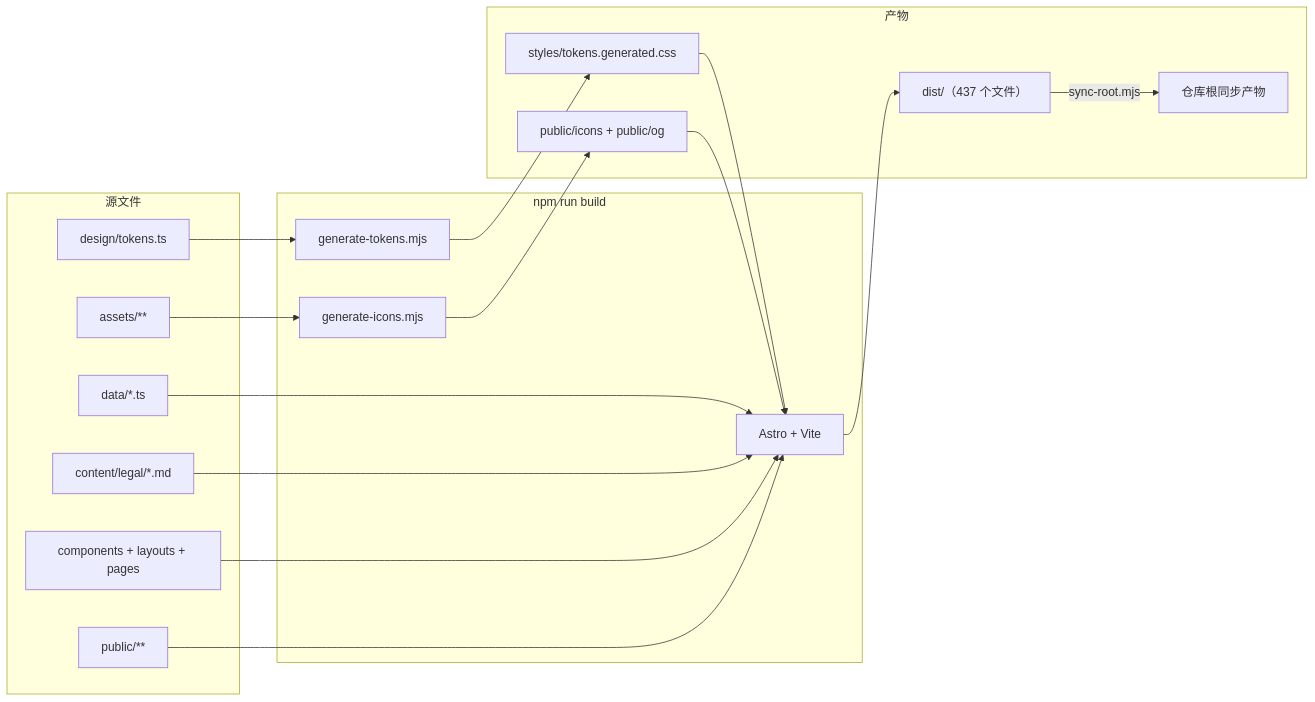
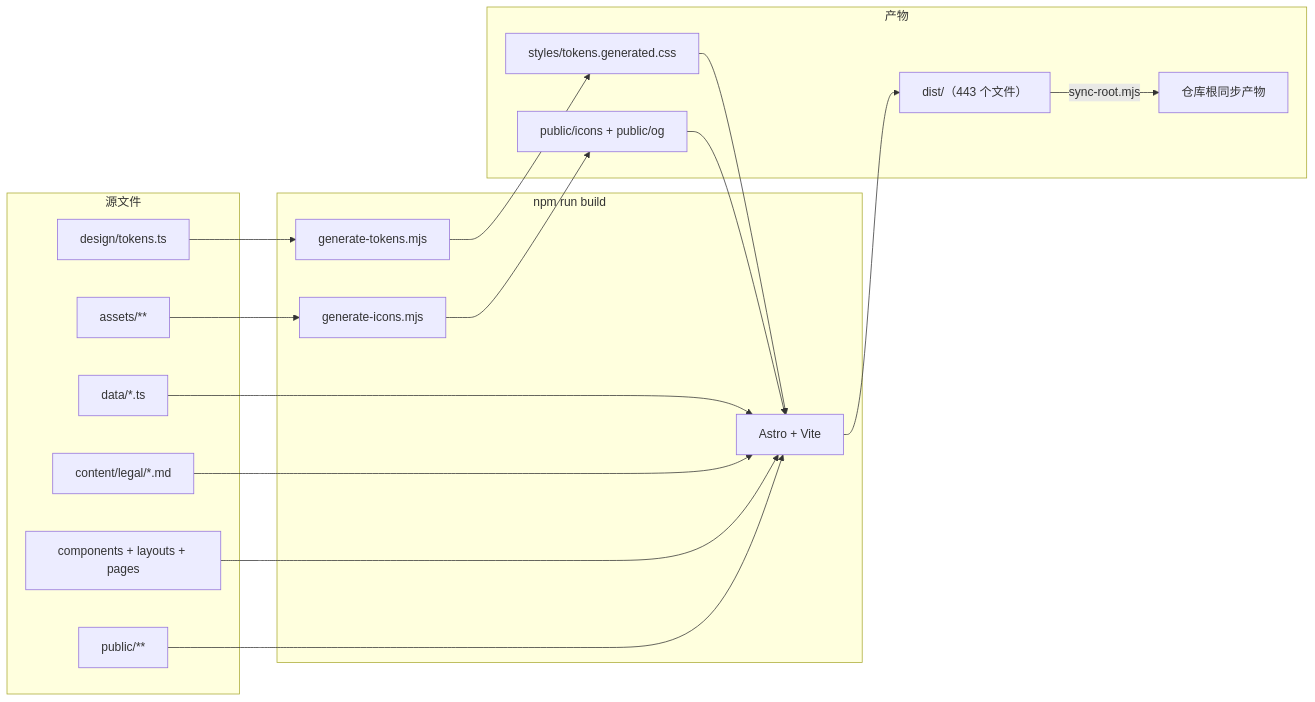
The diagram in wiki/01-architecture.md (kkkh/garden-website), drawn with Mermaid before and after one commit. The commit also changed other lines of this file and 6 other files, not shown here.

````diff
--- a/wiki/01-architecture.md
+++ b/wiki/01-architecture.md
@@ -58,33 +58,33 @@
 ```mermaid
 flowchart LR
     subgraph Sources["源文件"]
         T["design/tokens.ts"]
         D["data/*.ts"]
         C["content/legal/*.md"]
         A["assets/**"]
         S["components + layouts + pages"]
         P["public/**"]
     end
 
     subgraph Build["npm run build"]
         GT["generate-tokens.mjs"]
         GI["generate-icons.mjs"]
         AC["Astro + Vite"]
     end
 
     subgraph Output["产物"]
         CSS["styles/tokens.generated.css"]
         ICONS["public/icons + public/og"]
-        DIST["dist/（437 个文件）"]
+        DIST["dist/（443 个文件）"]
         ROOT["仓库根同步产物"]
     end
 
     T --> GT --> CSS --> AC
     A --> GI --> ICONS --> AC
     D --> AC
     C --> AC
     S --> AC
     P --> AC
     AC --> DIST
     DIST -->|sync-root.mjs| ROOT
 ```
````
